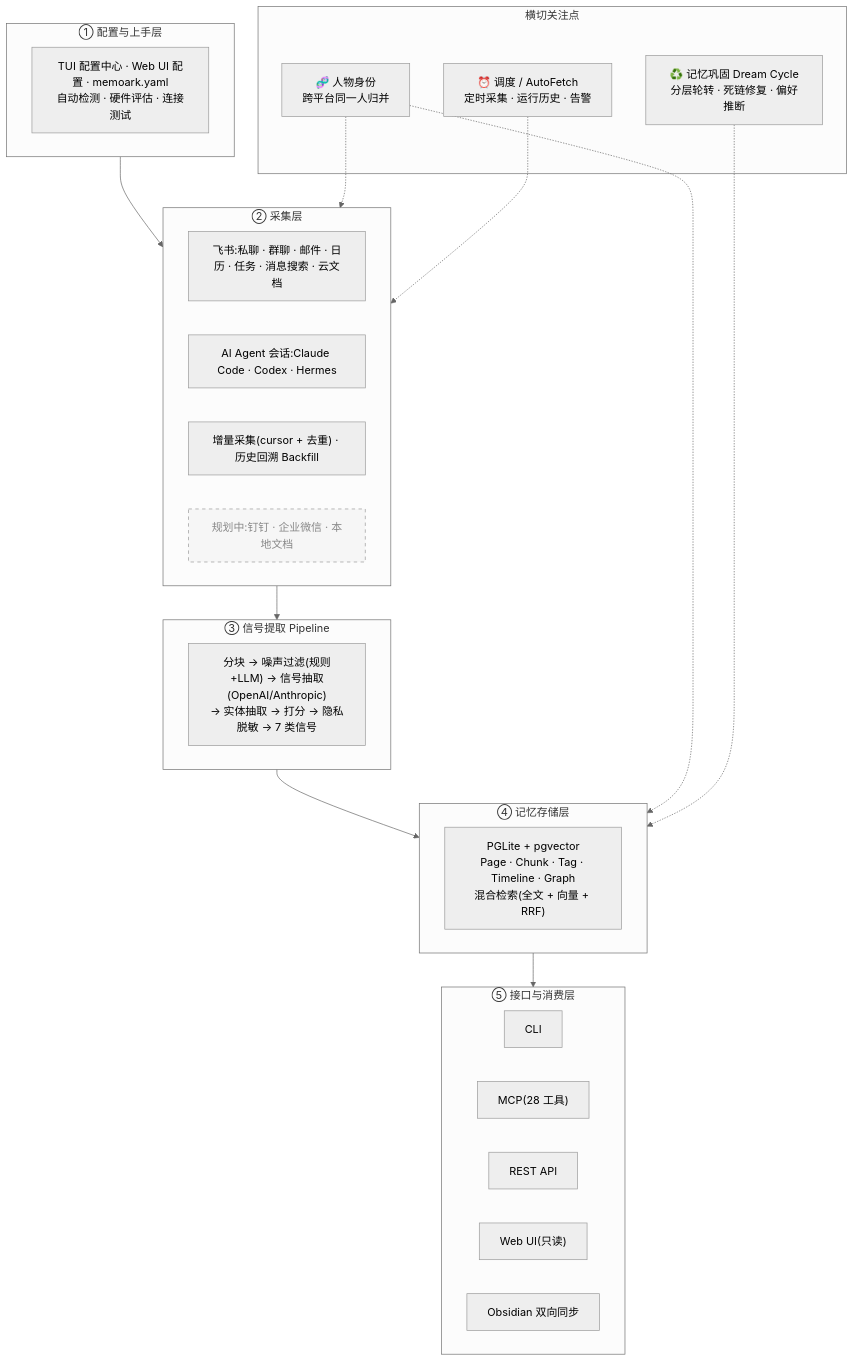
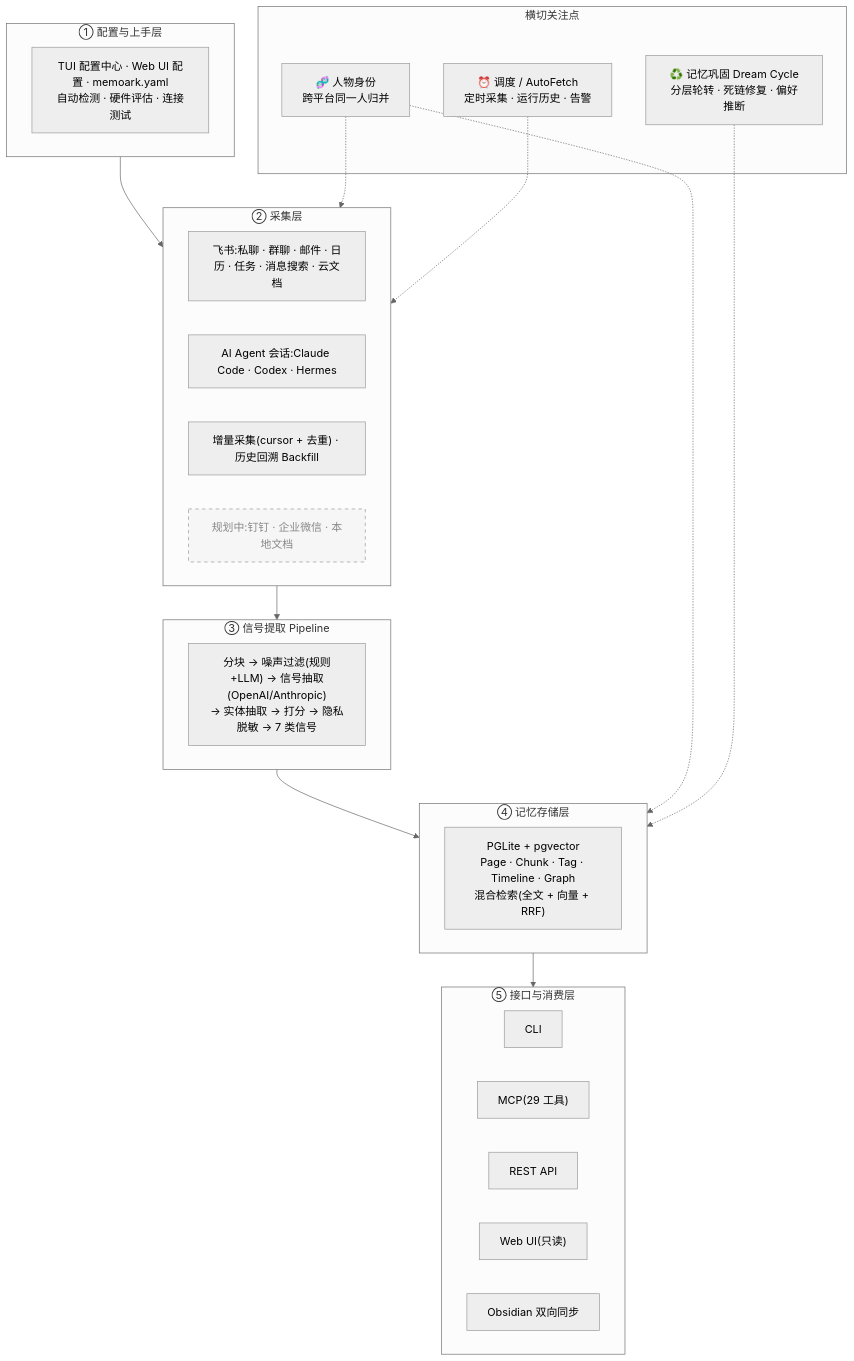
Before and after one commit to AndreLYL/memkin: the diagram in README.md, drawn with Mermaid (neutral theme). The commit also changed other lines of this file and 1 other file, not shown here.

First line of the commit message:
docs(readme): add prep_for_person (communication profile) to tools + roadmap

````diff
--- a/README.md
+++ b/README.md
@@ -482,40 +482,40 @@
 ```mermaid
 flowchart TB
   subgraph L1["① 配置与上手层"]
     cfg["TUI 配置中心 · Web UI 配置 · memoark.yaml<br/>自动检测 · 硬件评估 · 连接测试"]
   end
   subgraph L2["② 采集层"]
     feishu["飞书:私聊 · 群聊 · 邮件 · 日历 · 任务 · 消息搜索 · 云文档"]
     agent["AI Agent 会话:Claude Code · Codex · Hermes"]
     inc["增量采集(cursor + 去重) · 历史回溯 Backfill"]
     planned1["规划中:钉钉 · 企业微信 · 本地文档"]:::planned
   end
   subgraph L3["③ 信号提取 Pipeline"]
     pipe["分块 → 噪声过滤(规则+LLM) → 信号抽取(OpenAI/Anthropic)<br/>→ 实体抽取 → 打分 → 隐私脱敏 → 7 类信号"]
   end
   subgraph L4["④ 记忆存储层"]
     store["PGLite + pgvector<br/>Page · Chunk · Tag · Timeline · Graph<br/>混合检索(全文 + 向量 + RRF)"]
   end
   subgraph L5["⑤ 接口与消费层"]
     cli["CLI"]
-    mcp["MCP(28 工具)"]
+    mcp["MCP(29 工具)"]
     rest["REST API"]
     web["Web UI(只读)"]
     obs["Obsidian 双向同步"]
   end
 
   L1 --> L2 --> L3 --> L4 --> L5
 
   subgraph X["横切关注点"]
     id["🧬 人物身份<br/>跨平台同一人归并"]
     cons["♻️ 记忆巩固 Dream Cycle<br/>分层轮转 · 死链修复 · 偏好推断"]
     sched["⏰ 调度 / AutoFetch<br/>定时采集 · 运行历史 · 告警"]
   end
 
   id -.-> L2
   id -.-> L4
   cons -.-> L4
   sched -.-> L2
 
   classDef planned stroke-dasharray: 5 5,fill:#f6f6f6,color:#888;
 ```
````
